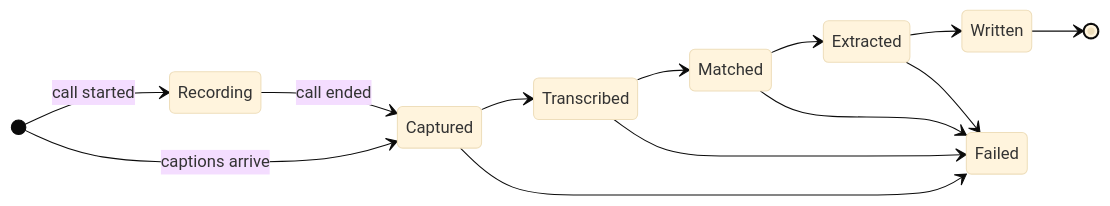
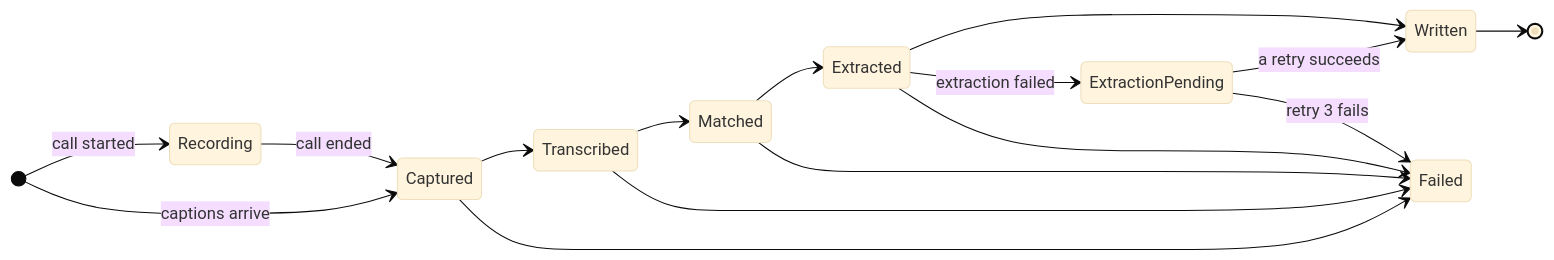
One commit to kujjwal02/meeting-capture changed the third of 8 diagrams in docs/02-architecture.md. Above: the diagram before and after it, drawn with Mermaid (base theme). The commit also changed other lines of this file and 6 other files, not shown here.

First line of the commit message:
Document LLM extraction and the step 5 architecture

````diff
--- a/docs/02-architecture.md
+++ b/docs/02-architecture.md
@@ -43,16 +45,19 @@
 ```mermaid
 stateDiagram-v2
     direction LR
     [*] --> Recording: call started
     [*] --> Captured: captions arrive
     Recording --> Captured: call ended
     Captured --> Transcribed
     Transcribed --> Matched
     Matched --> Extracted
     Extracted --> Written
+    Extracted --> ExtractionPending: extraction failed
+    ExtractionPending --> Written: a retry succeeds
+    ExtractionPending --> Failed: retry 3 fails
     Written --> [*]
     Captured --> Failed
     Transcribed --> Failed
     Matched --> Failed
     Extracted --> Failed
 ```
````
